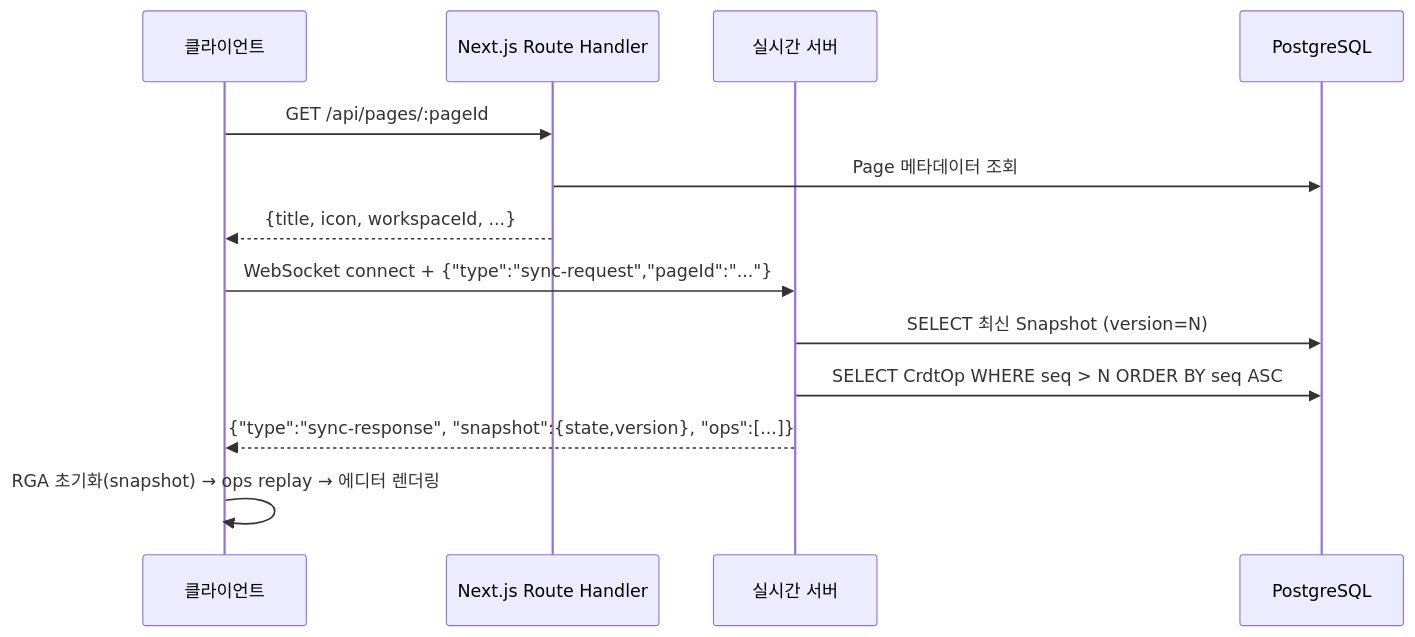
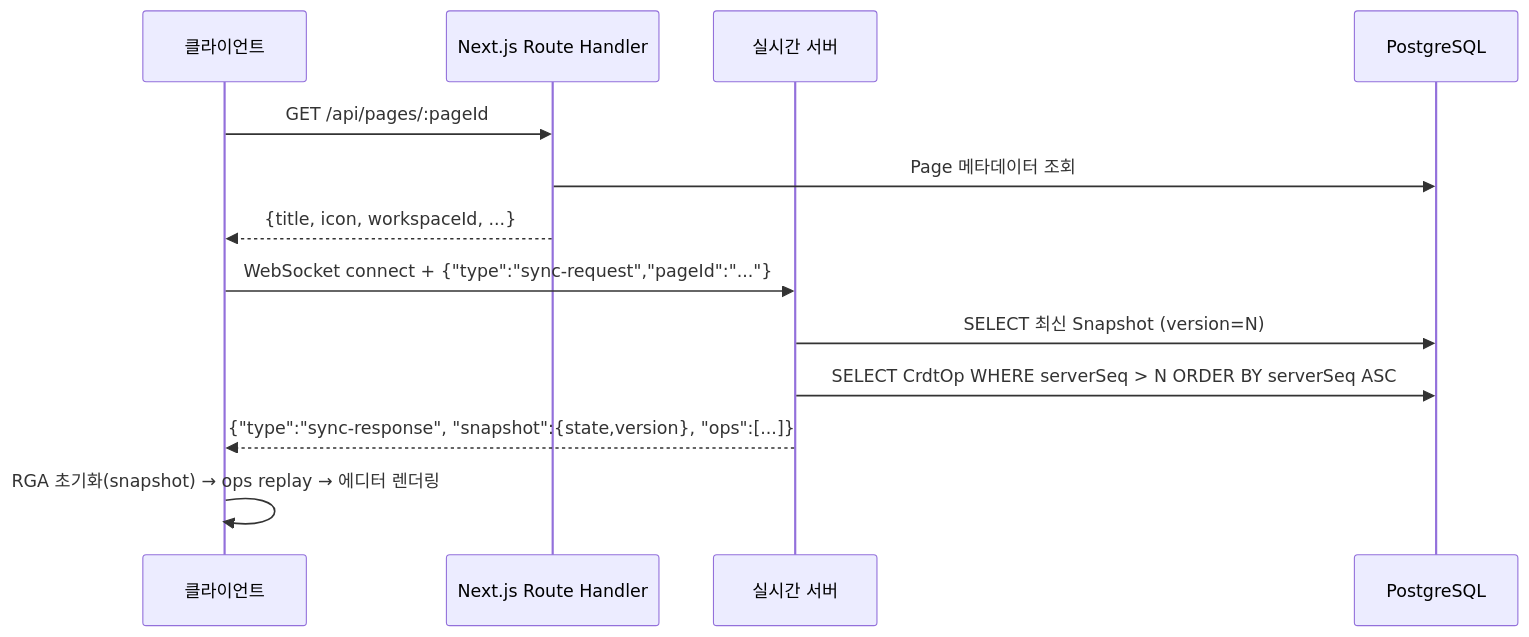
Before and after one commit to rnqhstmd/Ieum: the third of 4 diagrams in requirements/04-architecture.md, drawn with Mermaid. The commit also changed other lines of this file and 9 other files, not shown here.

````diff
--- a/requirements/04-architecture.md
+++ b/requirements/04-architecture.md
@@ -120,17 +120,17 @@
 ```mermaid
 sequenceDiagram
   participant C as 클라이언트
   participant API as Next.js Route Handler
   participant WS as 실시간 서버
   participant DB as PostgreSQL
 
   C->>API: GET /api/pages/:pageId
   API->>DB: Page 메타데이터 조회
   API-->>C: {title, icon, workspaceId, ...}
 
   C->>WS: WebSocket connect + {"type":"sync-request","pageId":"..."}
   WS->>DB: SELECT 최신 Snapshot (version=N)
-  WS->>DB: SELECT CrdtOp WHERE seq > N ORDER BY seq ASC
+  WS->>DB: SELECT CrdtOp WHERE serverSeq > N ORDER BY serverSeq ASC
   WS-->>C: {"type":"sync-response", "snapshot":{state,version}, "ops":[...]}
   C->>C: RGA 초기화(snapshot) → ops replay → 에디터 렌더링
 ```
````
